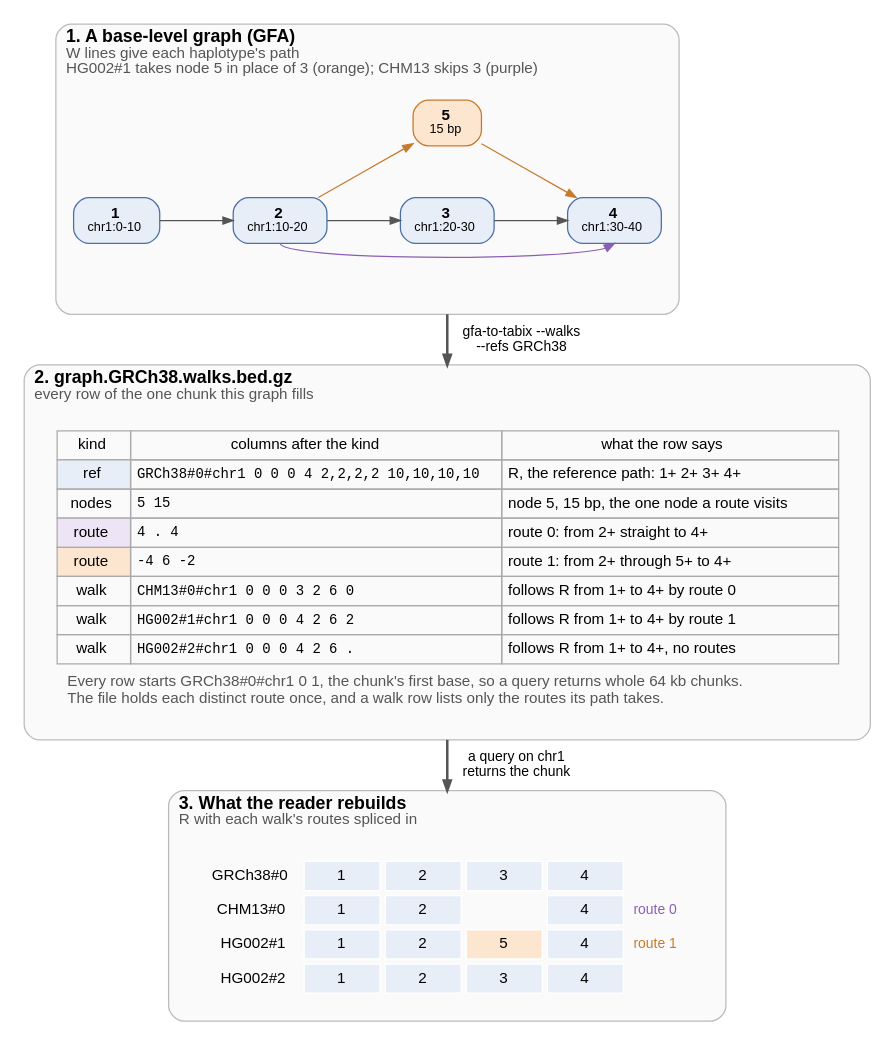
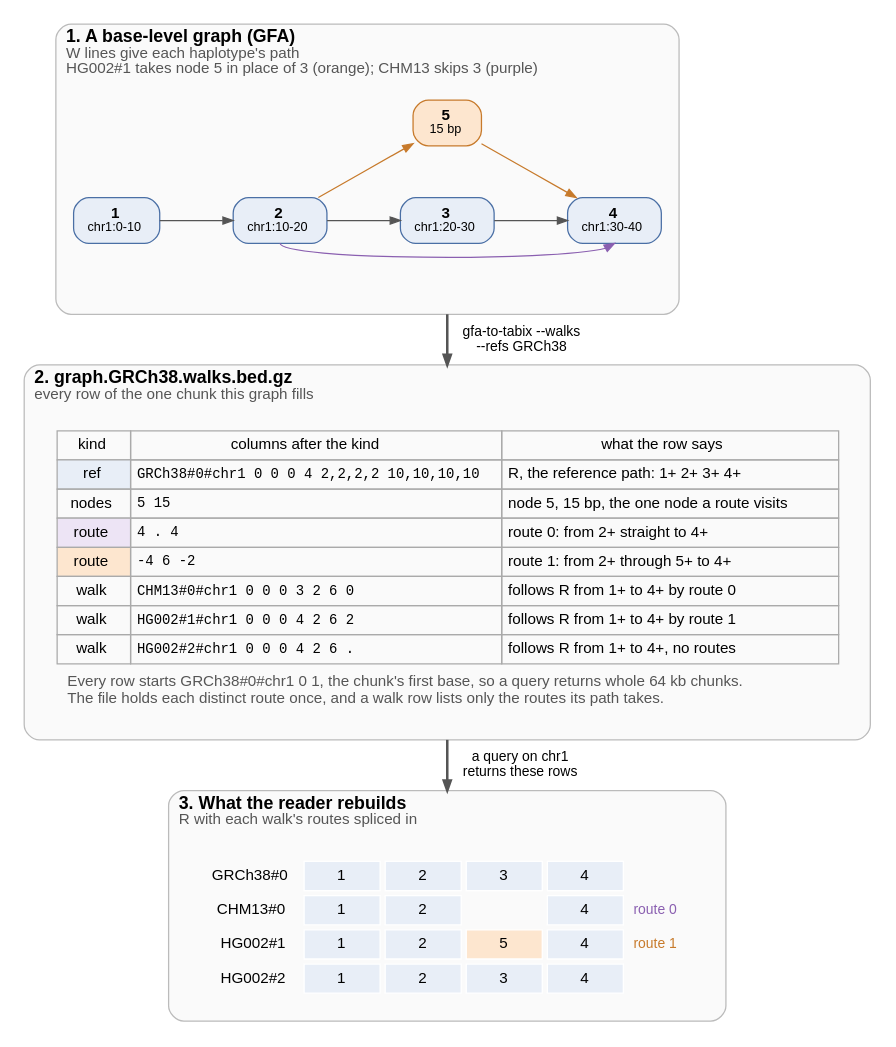
One commit to GMOD/gfa-to-tabix changed the diagram in docs/figures/walks-detail.dot. Above: the diagram before and after it, drawn with Graphviz. The commit also changed 4 other files, not shown here.

First line of the commit message:
Walks figure: say "64 kb stretch of chr1" instead of "chunk"

```diff
--- a/docs/figures/walks-detail.dot
+++ b/docs/figures/walks-detail.dot
@@ -1,74 +1,74 @@
 // scripts/figures.py fills the marked rows from the tool's output and draws this figure
 digraph walks {
   bgcolor="white"
   fontname="Helvetica"
   newrank=true
   compound=true
   nodesep=0.4
   ranksep=0.55
   node [fontname="Helvetica", fontsize=12, shape=box, style="filled,rounded", fillcolor="#e8eef7", color="#4a6fa5", margin="0.15,0.06"]
   edge [fontname="Helvetica", fontsize=11, color="#555555", arrowsize=0.8]
 
   subgraph {
     graph [labeljust=l, fontsize=14, color="#bbbbbb", style="rounded,filled", fillcolor="#fafafa", margin=14]
 
     subgraph cluster_graph {
       label=<<B>1. A base-level graph (GFA)</B><BR ALIGN="LEFT"/><FONT POINT-SIZE="12" COLOR="#555555">W lines give each haplotype's path</FONT><BR ALIGN="LEFT"/><FONT POINT-SIZE="12" COLOR="#555555">HG002#1 takes node 5 in place of 3 (orange); CHM13 skips 3 (purple)</FONT><BR ALIGN="LEFT"/>>
       // begin graph
       n1 [label=<<B>1</B><BR/><FONT POINT-SIZE="10">chr1:0-10</FONT>>]
       n2 [label=<<B>2</B><BR/><FONT POINT-SIZE="10">chr1:10-20</FONT>>]
       n3 [label=<<B>3</B><BR/><FONT POINT-SIZE="10">chr1:20-30</FONT>>]
       n4 [label=<<B>4</B><BR/><FONT POINT-SIZE="10">chr1:30-40</FONT>>]
       n5 [label=<<B>5</B><BR/><FONT POINT-SIZE="10">15 bp</FONT>>, fillcolor="#fde6cf", color="#c77a2b"]
       {rank=same; n1; n2; n3; n4}
       n1 -> n2 [weight=20]
       n2 -> n3 [weight=20]
       n3 -> n4 [weight=20]
       n2 -> n5 [color="#c77a2b", constraint=false]
       n5 -> n4 [color="#c77a2b", constraint=false]
       n2:s -> n4:s [color="#8a5fb0", constraint=false]
       n5 -> n3 [style=invis, weight=20]
       nbelow [style=invis, label="", width=0, height=0]
       n3 -> nbelow [style=invis]
       // end graph
     }
 
     subgraph cluster_file {
       label=<<B>2. graph.GRCh38.walks.bed.gz</B><BR ALIGN="LEFT"/><FONT POINT-SIZE="12" COLOR="#555555">every row of the one chunk this graph fills</FONT><BR ALIGN="LEFT"/>>
       rows [shape=plaintext, style="", label=<
         <TABLE BORDER="0" CELLBORDER="1" CELLSPACING="0" CELLPADDING="4" COLOR="#aaaaaa">
           <TR BGCOLOR="#dddddd"><TD>kind</TD><TD>columns after the kind</TD><TD>what the row says</TD></TR>
           <!-- begin rows -->
           <TR><TD BGCOLOR="#e8eef7">ref</TD><TD ALIGN="LEFT"><FONT FACE="Courier" POINT-SIZE="11">GRCh38#0#chr1 0 0 0 4 2,2,2,2 10,10,10,10</FONT></TD><TD ALIGN="LEFT">R, the reference path: 1+ 2+ 3+ 4+</TD></TR>
           <TR><TD>nodes</TD><TD ALIGN="LEFT"><FONT FACE="Courier" POINT-SIZE="11">5 15</FONT></TD><TD ALIGN="LEFT">node 5, 15 bp, the one node a route visits</TD></TR>
           <TR><TD BGCOLOR="#ede4f5">route</TD><TD ALIGN="LEFT"><FONT FACE="Courier" POINT-SIZE="11">4 . 4</FONT></TD><TD ALIGN="LEFT">route 0: from 2+ straight to 4+</TD></TR>
           <TR><TD BGCOLOR="#fde6cf">route</TD><TD ALIGN="LEFT"><FONT FACE="Courier" POINT-SIZE="11">-4 6 -2</FONT></TD><TD ALIGN="LEFT">route 1: from 2+ through 5+ to 4+</TD></TR>
           <TR><TD>walk</TD><TD ALIGN="LEFT"><FONT FACE="Courier" POINT-SIZE="11">CHM13#0#chr1 0 0 0 3 2 6 0</FONT></TD><TD ALIGN="LEFT">follows R from 1+ to 4+ by route 0</TD></TR>
           <TR><TD>walk</TD><TD ALIGN="LEFT"><FONT FACE="Courier" POINT-SIZE="11">HG002#1#chr1 0 0 0 4 2 6 2</FONT></TD><TD ALIGN="LEFT">follows R from 1+ to 4+ by route 1</TD></TR>
           <TR><TD>walk</TD><TD ALIGN="LEFT"><FONT FACE="Courier" POINT-SIZE="11">HG002#2#chr1 0 0 0 4 2 6 .</FONT></TD><TD ALIGN="LEFT">follows R from 1+ to 4+, no routes</TD></TR>
           <!-- end rows -->
           <!-- begin caption -->
           <TR><TD BORDER="0" CELLPADDING="8" COLSPAN="3" ALIGN="LEFT" BALIGN="LEFT"><FONT POINT-SIZE="12" COLOR="#555555">Every row starts GRCh38#0#chr1 0 1, the chunk's first base, so a query returns whole 64 kb chunks.<BR/>The file holds each distinct route once, and a walk row lists only the routes its path takes.</FONT></TD></TR>
           <!-- end caption -->
         </TABLE>>]
     }
 
     subgraph cluster_rebuilt {
       label=<<B>3. What the reader rebuilds</B><BR ALIGN="LEFT"/><FONT POINT-SIZE="12" COLOR="#555555">R with each walk's routes spliced in</FONT><BR ALIGN="LEFT"/>>
       rebuilt [shape=plaintext, style="", label=<
         <TABLE BORDER="0" CELLBORDER="1" CELLSPACING="4" CELLPADDING="4" COLOR="#ffffff">
           <!-- begin rebuilt -->
           <TR><TD BORDER="0" ALIGN="RIGHT">GRCh38#0</TD><TD WIDTH="60" BGCOLOR="#e8eef7">1</TD><TD WIDTH="60" BGCOLOR="#e8eef7">2</TD><TD WIDTH="60" BGCOLOR="#e8eef7">3</TD><TD WIDTH="60" BGCOLOR="#e8eef7">4</TD><TD BORDER="0" ALIGN="LEFT"></TD></TR>
           <TR><TD BORDER="0" ALIGN="RIGHT">CHM13#0</TD><TD BGCOLOR="#e8eef7">1</TD><TD BGCOLOR="#e8eef7">2</TD><TD BORDER="0"></TD><TD BGCOLOR="#e8eef7">4</TD><TD BORDER="0" ALIGN="LEFT"><FONT POINT-SIZE="11" COLOR="#8a5fb0">route 0</FONT></TD></TR>
           <TR><TD BORDER="0" ALIGN="RIGHT">HG002#1</TD><TD BGCOLOR="#e8eef7">1</TD><TD BGCOLOR="#e8eef7">2</TD><TD BGCOLOR="#fde6cf">5</TD><TD BGCOLOR="#e8eef7">4</TD><TD BORDER="0" ALIGN="LEFT"><FONT POINT-SIZE="11" COLOR="#c77a2b">route 1</FONT></TD></TR>
           <TR><TD BORDER="0" ALIGN="RIGHT">HG002#2</TD><TD BGCOLOR="#e8eef7">1</TD><TD BGCOLOR="#e8eef7">2</TD><TD BGCOLOR="#e8eef7">3</TD><TD BGCOLOR="#e8eef7">4</TD><TD BORDER="0" ALIGN="LEFT"></TD></TR>
           <!-- end rebuilt -->
         </TABLE>>]
     }
   }
 
   // begin arrows
   nbelow -> rows [ltail=cluster_graph, lhead=cluster_file, label="  gfa-to-tabix --walks\n  --refs GRCh38", penwidth=2]
-  rows -> rebuilt [ltail=cluster_file, lhead=cluster_rebuilt, label="  a query on chr1\n  returns the chunk", penwidth=2]
+  rows -> rebuilt [ltail=cluster_file, lhead=cluster_rebuilt, label="  a query on chr1\n  returns these rows", penwidth=2]
   // end arrows
 }
```
